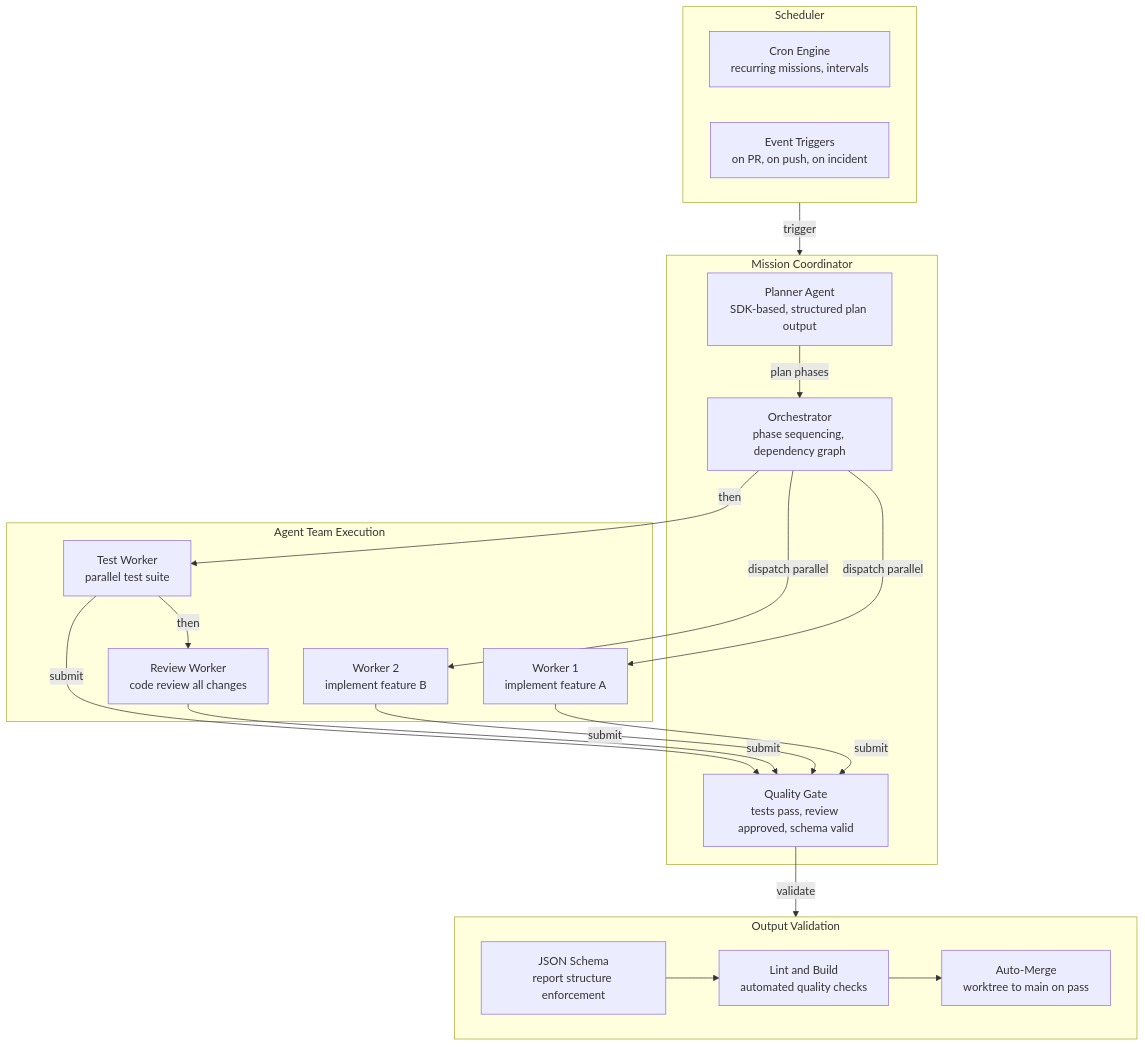
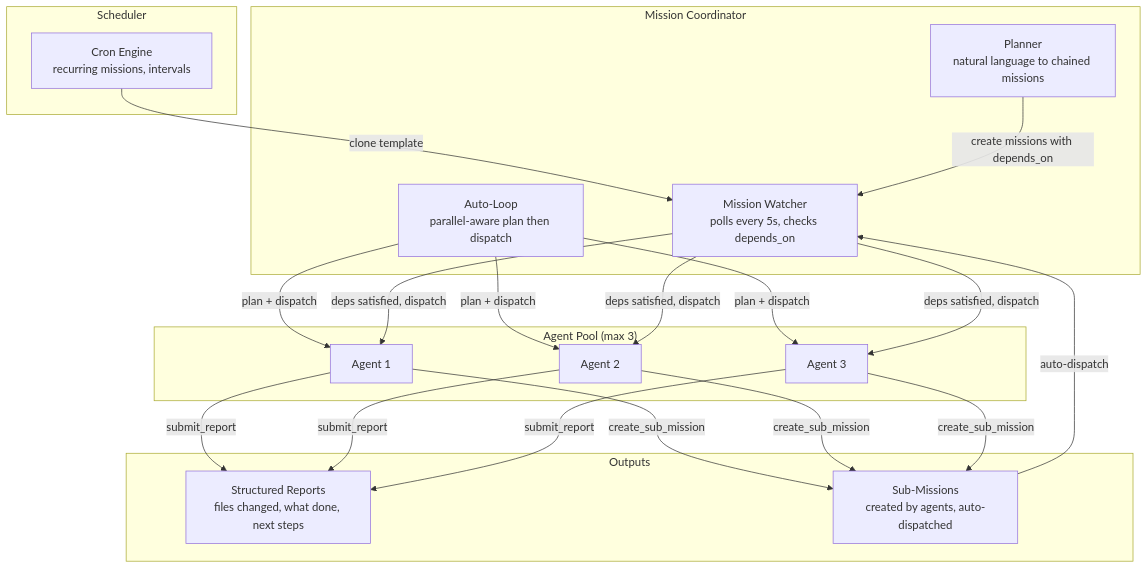
One commit to LEC-AI/DevFleet changed the third of 4 diagrams in diagrams/README.md. Above: the diagram before and after it, drawn with Mermaid. The commit also changed other lines of this file, not shown here.

First line of the commit message:
Update diagrams README to show current architecture only

````diff
--- a/diagrams/README.md
+++ b/diagrams/README.md
@@ -212,35 +94,31 @@
 ```mermaid
 graph TD
     subgraph Scheduler["Scheduler"]
         Cron["Cron Engine\nrecurring missions, intervals"]
-        Trigger["Event Triggers\non PR, on push, on incident"]
     end
 
     subgraph Coordinator["Mission Coordinator"]
-        Planner["Planner Agent\nSDK-based, structured plan output"]
-        Orchestrator["Orchestrator\nphase sequencing, dependency graph"]
-        QualityGate["Quality Gate\ntests pass, review approved, schema valid"]
+        Planner["Planner\nnatural language to chained missions"]
+        Watcher["Mission Watcher\npolls every 5s, checks depends_on"]
+        AutoLoop["Auto-Loop\nparallel-aware plan then dispatch"]
     end
 
-    subgraph TeamExec["Agent Team Execution"]
-        W1["Worker 1\nimplement feature A"]
-        W2["Worker 2\nimplement feature B"]
-        W3["Test Worker\nparallel test suite"]
-        R1["Review Worker\ncode review all changes"]
+    subgraph AgentPool["Agent Pool (max 3)"]
+        W1["Agent 1"]
+        W2["Agent 2"]
+        W3["Agent 3"]
     end
 
-    subgraph Validation["Output Validation"]
-        Schema["JSON Schema\nreport structure enforcement"]
-        Lint["Lint and Build\nautomated quality checks"]
-        Merge["Auto-Merge\nworktree to main on pass"]
+    subgraph Outputs["Outputs"]
+        Reports["Structured Reports\nfiles changed, what done, next steps"]
+        SubMissions["Sub-Missions\ncreated by agents, auto-dispatched"]
     end
 
-    Scheduler -->|"trigger"| Coordinator
-    Planner -->|"plan phases"| Orchestrator
-    Orchestrator -->|"dispatch parallel"| W1 & W2
-    Orchestrator -->|"then"| W3
-    W3 -->|"then"| R1
-    W1 & W2 & W3 & R1 -->|"submit"| QualityGate
-    QualityGate -->|"validate"| Validation
-    Schema --> Lint --> Merge
+    Cron -->|"clone template"| Watcher
+    Planner -->|"create missions with depends_on"| Watcher
+    AutoLoop -->|"plan + dispatch"| W1 & W2 & W3
+    Watcher -->|"deps satisfied, dispatch"| W1 & W2 & W3
+    W1 & W2 & W3 -->|"submit_report"| Reports
+    W1 & W2 & W3 -->|"create_sub_mission"| SubMissions
+    SubMissions -->|"auto-dispatch"| Watcher
 ```
````
